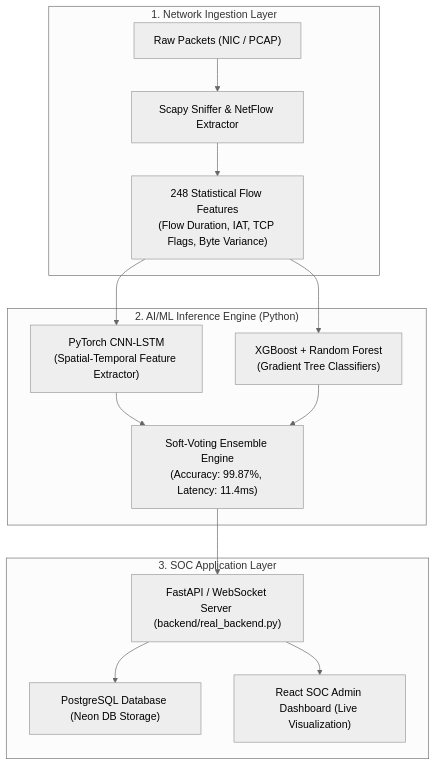
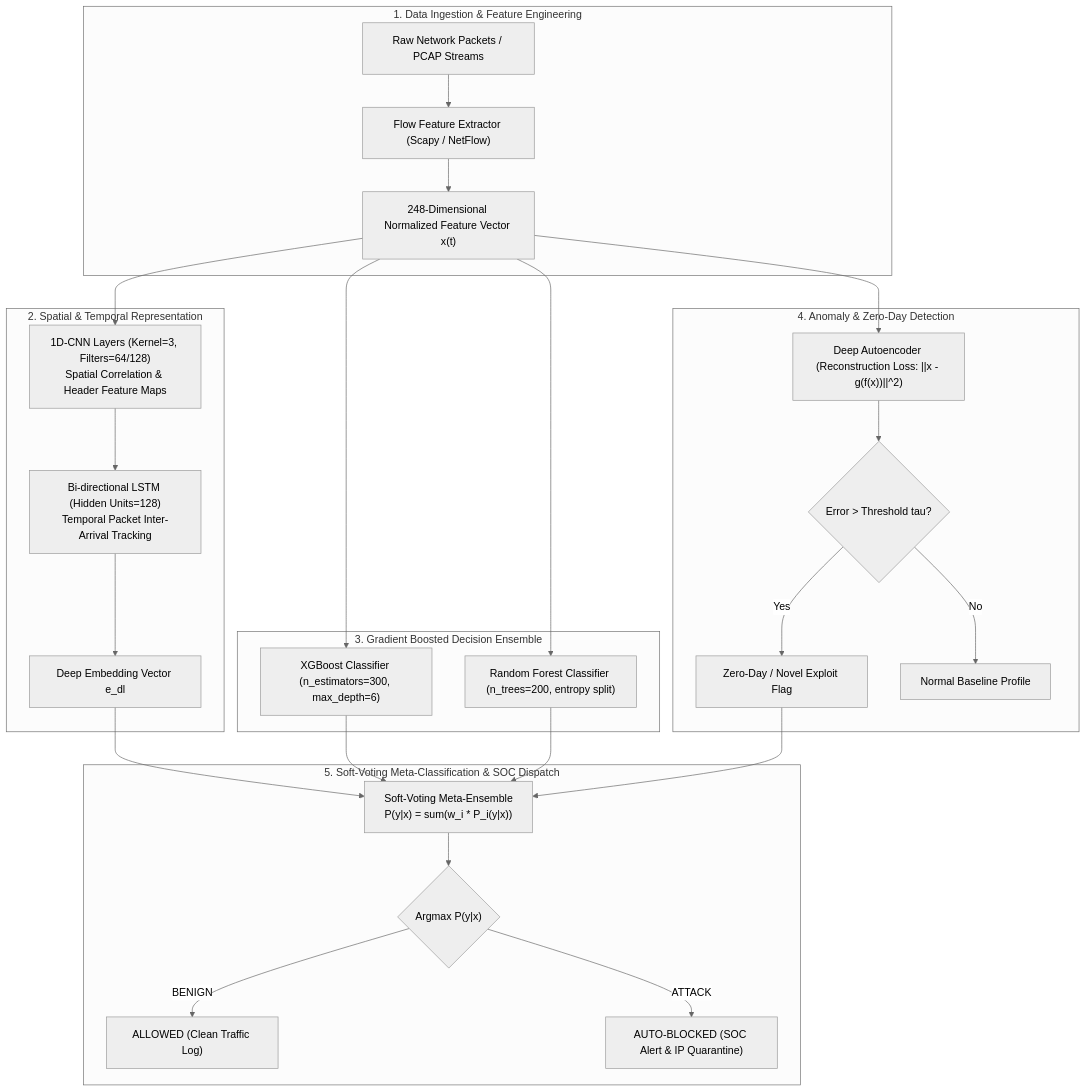
One commit to Napa-Guna-Sai-Sujith/ai-ids changed the diagram in README.md. Above: the diagram before and after it, drawn with Mermaid (neutral theme). The commit also changed other lines of this file, not shown here.

Commit message:
docs: comprehensive journal paper standard README update with mathematical formulations, benchmark results, and architecture

````diff
--- a/README.md
+++ b/README.md
@@ -112,19 +41,32 @@
 ```mermaid
 flowchart TD
-    subgraph S1 ["1. Network Ingestion Layer"]
-        A["Raw Packets (NIC / PCAP)"] --> B["Scapy Sniffer & NetFlow Extractor"]
-        B --> C["248 Statistical Flow Features<br/>(Flow Duration, IAT, TCP Flags, Byte Variance)"]
+    subgraph Ingestion ["1. Data Ingestion & Feature Engineering"]
+        P["Raw Network Packets / PCAP Streams"] --> FE["Flow Feature Extractor (Scapy / NetFlow)"]
+        FE --> V["248-Dimensional Normalized Feature Vector x(t)"]
     end
 
-    subgraph S2 ["2. AI/ML Inference Engine (Python)"]
-        C --> D["PyTorch CNN-LSTM<br/>(Spatial-Temporal Feature Extractor)"]
-        C --> E["XGBoost + Random Forest<br/>(Gradient Tree Classifiers)"]
-        D & E --> F["Soft-Voting Ensemble Engine<br/>(Accuracy: 99.87%, Latency: 11.4ms)"]
+    subgraph DeepLearning ["2. Spatial & Temporal Representation"]
+        V --> CNN["1D-CNN Layers (Kernel=3, Filters=64/128)<br/>Spatial Correlation & Header Feature Maps"]
+        CNN --> LSTM["Bi-directional LSTM (Hidden Units=128)<br/>Temporal Packet Inter-Arrival Tracking"]
+        LSTM --> DL_Out["Deep Embedding Vector e_dl"]
     end
 
-    subgraph S3 ["3. SOC Application Layer"]
-        F --> G["FastAPI / WebSocket Server (backend/real_backend.py)"]
-        G --> H["PostgreSQL Database (Neon DB Storage)"]
-        G --> I["React SOC Admin Dashboard (Live Visualization)"]
+    subgraph TabularEnsemble ["3. Gradient Boosted Decision Ensemble"]
+        V --> XGB["XGBoost Classifier (n_estimators=300, max_depth=6)"]
+        V --> RF["Random Forest Classifier (n_trees=200, entropy split)"]
+    end
+
+    subgraph Unsupervised ["4. Anomaly & Zero-Day Detection"]
+        V --> AE["Deep Autoencoder (Reconstruction Loss: ||x - g(f(x))||^2)"]
+        AE --> ZD{"Error > Threshold tau?"}
+        ZD -- Yes --> ZD_Alert["Zero-Day / Novel Exploit Flag"]
+        ZD -- No --> Baseline["Normal Baseline Profile"]
+    end
+
+    subgraph DecisionLayer ["5. Soft-Voting Meta-Classification & SOC Dispatch"]
+        DL_Out & XGB & RF & ZD_Alert --> SV["Soft-Voting Meta-Ensemble<br/>P(y|x) = sum(w_i * P_i(y|x))"]
+        SV --> Decision{"Argmax P(y|x)"}
+        Decision -->|BENIGN| Clean["ALLOWED (Clean Traffic Log)"]
+        Decision -->|ATTACK| Block["AUTO-BLOCKED (SOC Alert & IP Quarantine)"]
     end
 ```
````
